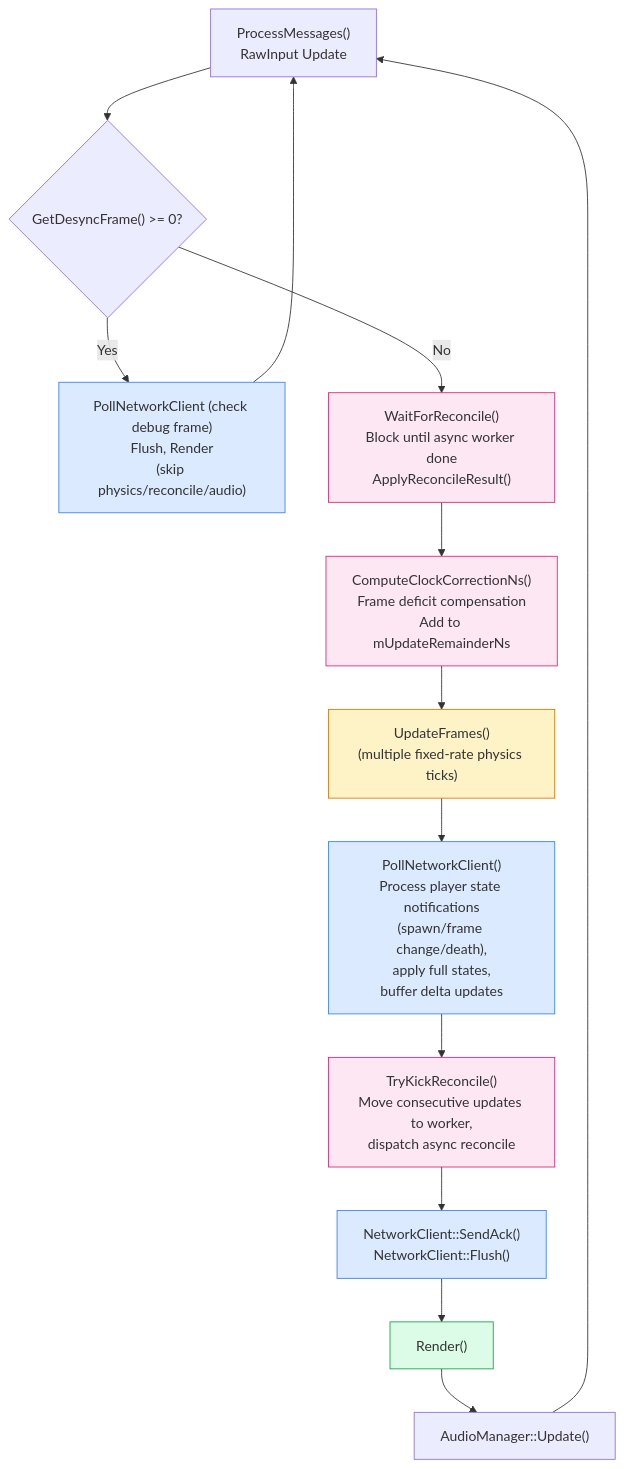
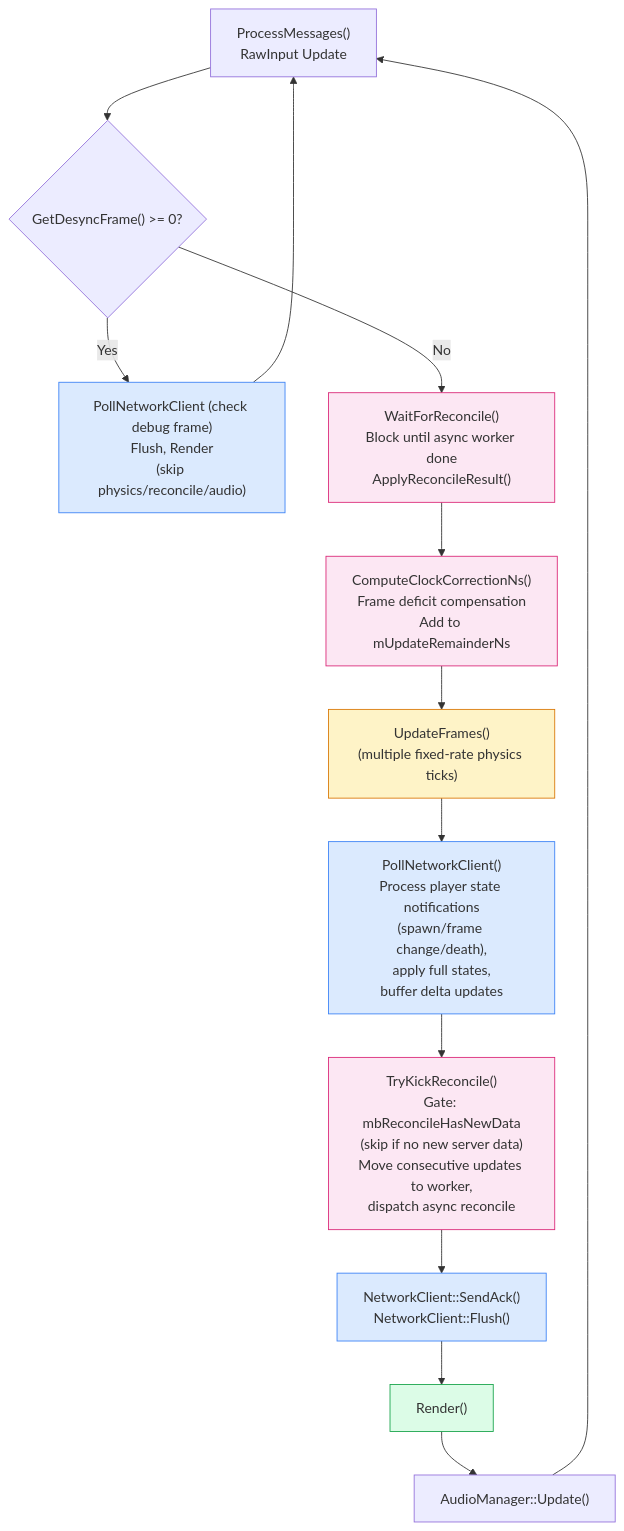
Before and after one commit to DougTanner/BrokenEnginePublic: the third of 4 diagrams in Documents/Architecture/GameReconciliation.md, drawn with Mermaid. The commit also changed other lines of this file and 35 other files, not shown here.

````diff
--- a/Documents/Architecture/GameReconciliation.md
+++ b/Documents/Architecture/GameReconciliation.md
@@ -71,32 +73,32 @@
 ```mermaid
 %%{init: {'theme': 'default'}}%%
 flowchart TD
     classDef network fill:#dbeafe,stroke:#3b82f6
     classDef physics fill:#fef3c7,stroke:#d97706
     classDef render fill:#dcfce7,stroke:#16a34a
     classDef reconcile fill:#fce7f3,stroke:#db2777
 
     MSG["ProcessMessages()<br/>RawInput Update"] --> DESYNC_CHECK
 
     DESYNC_CHECK{"GetDesyncFrame() >= 0?"}
     DESYNC_CHECK -->|"Yes"| DEBUG_PATH["PollNetworkClient (check debug frame)<br/>Flush, Render<br/>(skip physics/reconcile/audio)"]:::network
     DEBUG_PATH --> MSG
 
     DESYNC_CHECK -->|"No"| WAIT["WaitForReconcile()<br/>Block until async worker done<br/>ApplyReconcileResult()"]:::reconcile
 
     WAIT --> CLOCK["ComputeClockCorrectionNs()<br/>Frame deficit compensation<br/>Add to mUpdateRemainderNs"]:::reconcile
 
     CLOCK --> PHYSICS["UpdateFrames()<br/>(multiple fixed-rate physics ticks)"]:::physics
 
     PHYSICS --> POLL["PollNetworkClient()<br/>Process player state notifications<br/>(spawn/frame change/death),<br/>apply full states,<br/>buffer delta updates"]:::network
 
-    POLL --> KICK["TryKickReconcile()<br/>Move consecutive updates to worker,<br/>dispatch async reconcile"]:::reconcile
+    POLL --> KICK["TryKickReconcile()<br/>Gate: mbReconcileHasNewData<br/>(skip if no new server data)<br/>Move consecutive updates to worker,<br/>dispatch async reconcile"]:::reconcile
 
     KICK --> SEND["NetworkClient::SendAck()<br/>NetworkClient::Flush()"]:::network
 
     SEND --> RENDER["Render()"]:::render
 
     RENDER --> AUDIO["AudioManager::Update()"]
 
     AUDIO --> MSG
 ```
````
